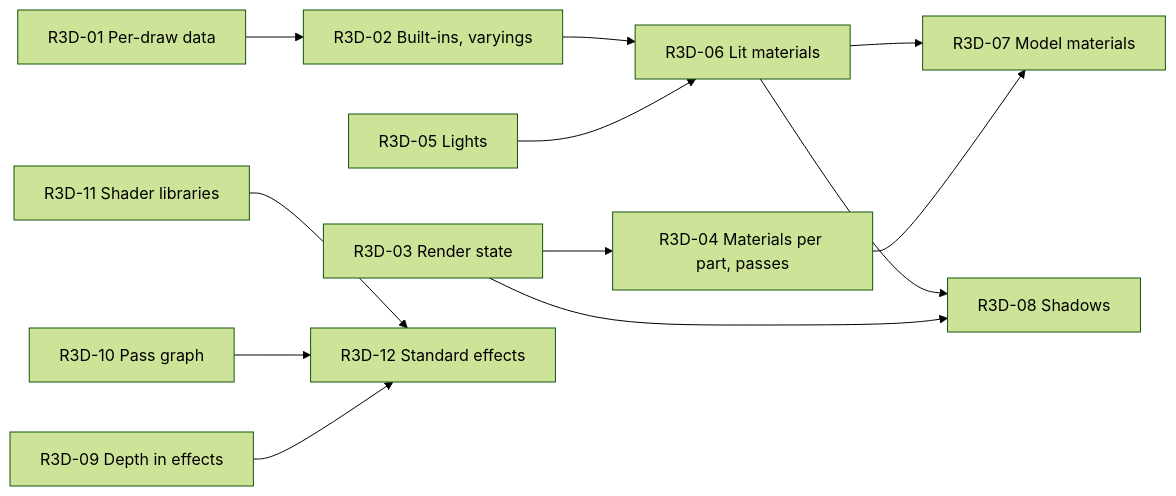
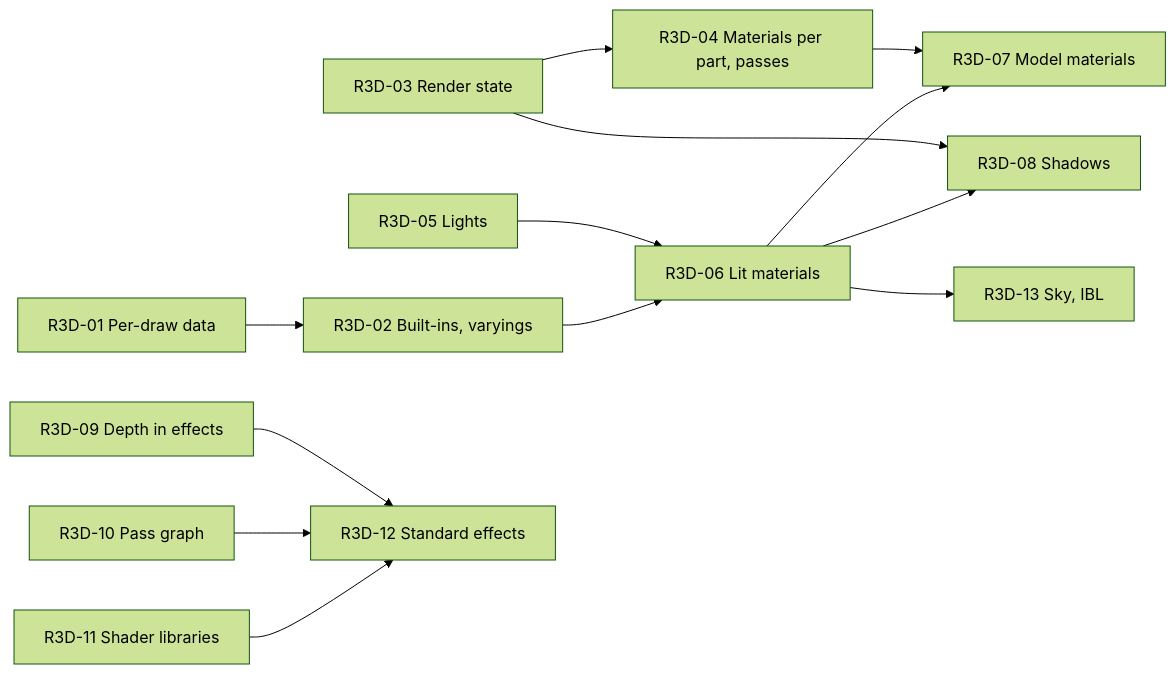
Before and after one commit to EthanCharpentier667/Aylo-Engine: the diagram in docs/3d/rendering.md, drawn with Mermaid (forest theme). The commit also changed other lines of this file, not shown here.

First line of the commit message:
docs(render): add the sky and image-based lighting task to the 3d plan

````diff
--- a/docs/3d/rendering.md
+++ b/docs/3d/rendering.md
@@ -47,14 +49,15 @@
 ```mermaid
 flowchart LR
     R1["R3D-01 Per-draw data"] --> R2["R3D-02 Built-ins, varyings"]
     R3["R3D-03 Render state"] --> R4["R3D-04 Materials per part, passes"]
     R5["R3D-05 Lights"] --> R6["R3D-06 Lit materials"]
     R2 --> R6
     R4 --> R7["R3D-07 Model materials"]
     R6 --> R7
     R3 --> R8["R3D-08 Shadows"]
     R6 --> R8
     R9["R3D-09 Depth in effects"] --> R12["R3D-12 Standard effects"]
     R10["R3D-10 Pass graph"] --> R12
     R11["R3D-11 Shader libraries"] --> R12
+    R6 --> R13["R3D-13 Sky, IBL"]
 ```
````
